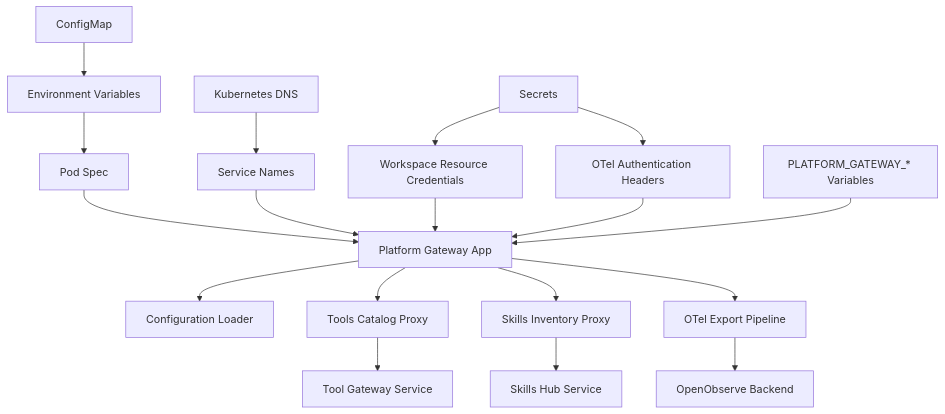
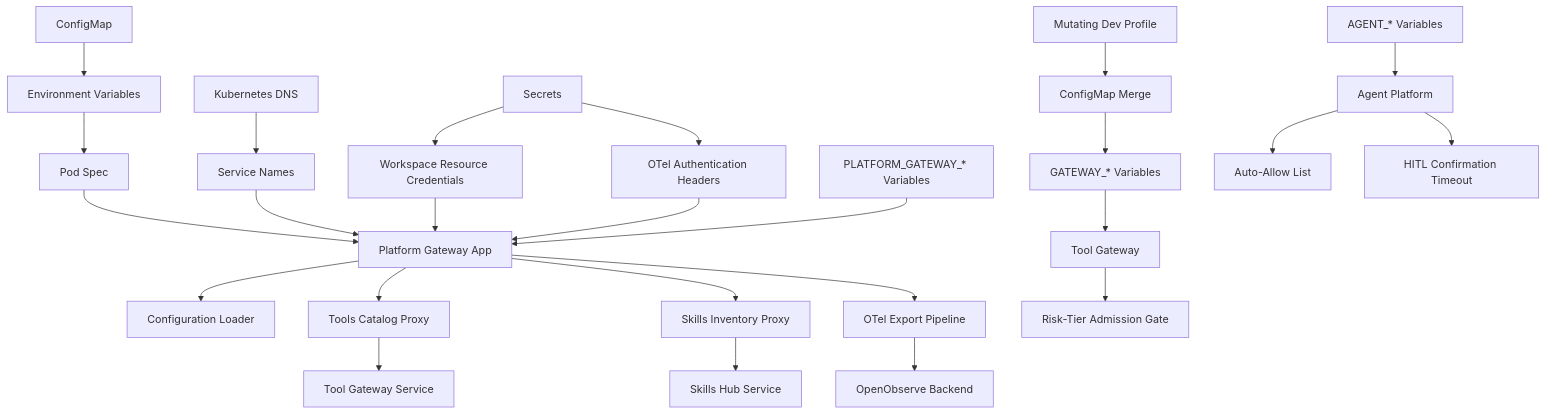
One commit to metasync/luban-aiops changed diagram 12 of 13 in .qoder/repowiki/en/content/Tool Gateway Service/Configuration and Environment Setup.md. Above: the diagram before and after it, drawn with Mermaid. The commit also changed other lines of this file and 43 other files, not shown here.

````diff
--- a/.qoder/repowiki/en/content/Tool Gateway Service/Configuration and Environment Setup.md
+++ b/.qoder/repowiki/en/content/Tool Gateway Service/Configuration and Environment Setup.md
@@ -424,20 +657,27 @@
 ```mermaid
 graph TB
 CM["ConfigMap"] --> ENV["Environment Variables"]
 ENV --> POD["Pod Spec"]
 POD --> APP["Platform Gateway App"]
 APP --> CFG["Configuration Loader"]
 DNS["Kubernetes DNS"] --> SVC["Service Names"]
 SVC --> APP
 Secrets["Secrets"] --> WorkspaceCreds["Workspace Resource Credentials"]
 Secrets --> OTelCreds["OTel Authentication Headers"]
 WorkspaceCreds --> APP
 OTelCreds --> APP
 AppEnv["PLATFORM_GATEWAY_* Variables"] --> APP
 APP --> ToolsProxy["Tools Catalog Proxy"]
 APP --> SkillsProxy["Skills Inventory Proxy"]
 ToolsProxy --> ToolsSvc["Tool Gateway Service"]
 SkillsProxy --> SkillsSvc["Skills Hub Service"]
 APP --> OTelExport["OTel Export Pipeline"]
 OTelExport --> Backend["OpenObserve Backend"]
+ToolGWEnv["GATEWAY_* Variables"] --> ToolGW["Tool Gateway"]
+ToolGW --> RiskGate["Risk-Tier Admission Gate"]
+AgentEnv["AGENT_* Variables"] --> Agent["Agent Platform"]
+Agent --> AutoAllow["Auto-Allow List"]
+Agent --> HITLTimeout["HITL Confirmation Timeout"]
+MutDev["Mutating Dev Profile"] --> ConfigMerge["ConfigMap Merge"]
+ConfigMerge --> ToolGWEnv
 ```
````
